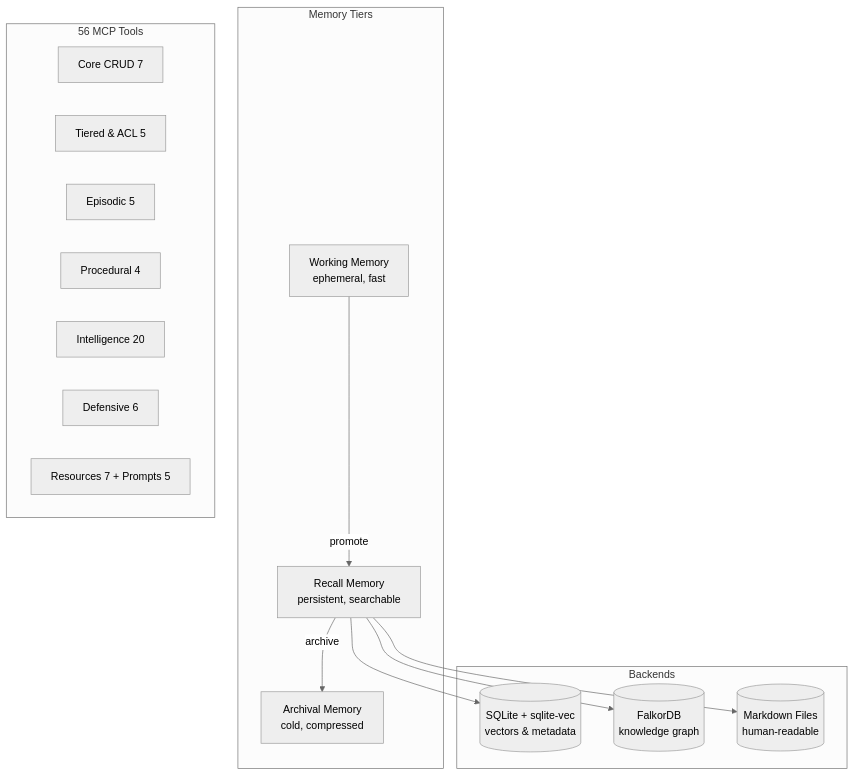
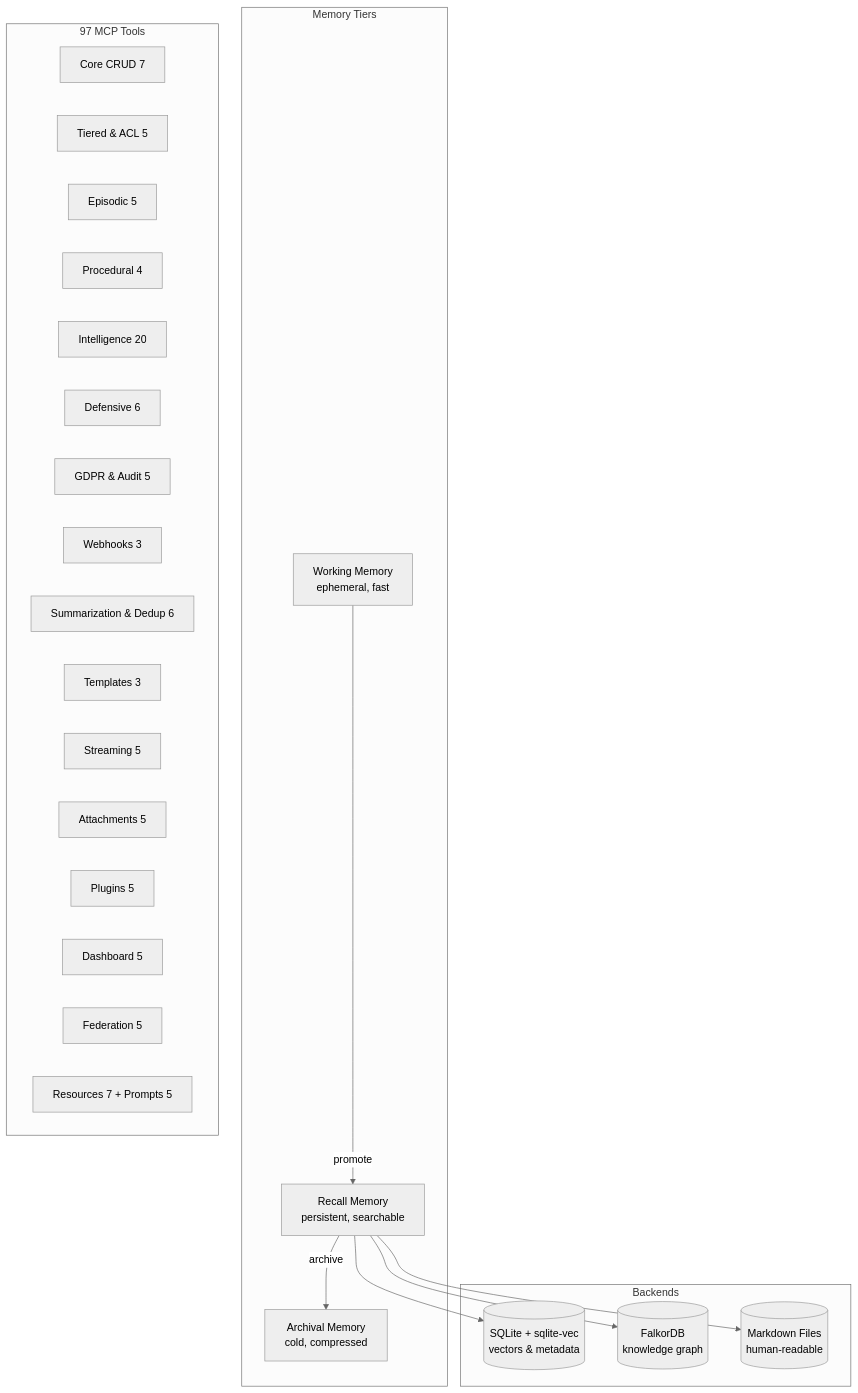
Before and after one commit to naicud/memor-ia: the third of 3 diagrams in README.md, drawn with Mermaid (neutral theme). The commit also changed other lines of this file and 7 other files, not shown here.

````diff
--- a/README.md
+++ b/README.md
@@ -153,30 +166,39 @@
 ```mermaid
 graph TB
     subgraph "Memory Tiers"
         W[Working Memory<br/>ephemeral, fast]
         R[Recall Memory<br/>persistent, searchable]
         A[Archival Memory<br/>cold, compressed]
     end
     
     subgraph "Backends"
         SQ[(SQLite + sqlite-vec<br/>vectors & metadata)]
         FK[(FalkorDB<br/>knowledge graph)]
         MD[(Markdown Files<br/>human-readable)]
     end
     
     W -->|promote| R
     R -->|archive| A
     R --> SQ
     R --> FK
     R --> MD
     
-    subgraph "56 MCP Tools"
+    subgraph "97 MCP Tools"
         T1[Core CRUD 7]
         T2[Tiered & ACL 5]
         T3[Episodic 5]
         T4[Procedural 4]
         T5[Intelligence 20]
         T6[Defensive 6]
-        T7[Resources 7 + Prompts 5]
+        T7[GDPR & Audit 5]
+        T8[Webhooks 3]
+        T9[Summarization & Dedup 6]
+        T10[Templates 3]
+        T11[Streaming 5]
+        T12[Attachments 5]
+        T13[Plugins 5]
+        T14[Dashboard 5]
+        T15[Federation 5]
+        T16[Resources 7 + Prompts 5]
     end
 ```
````
